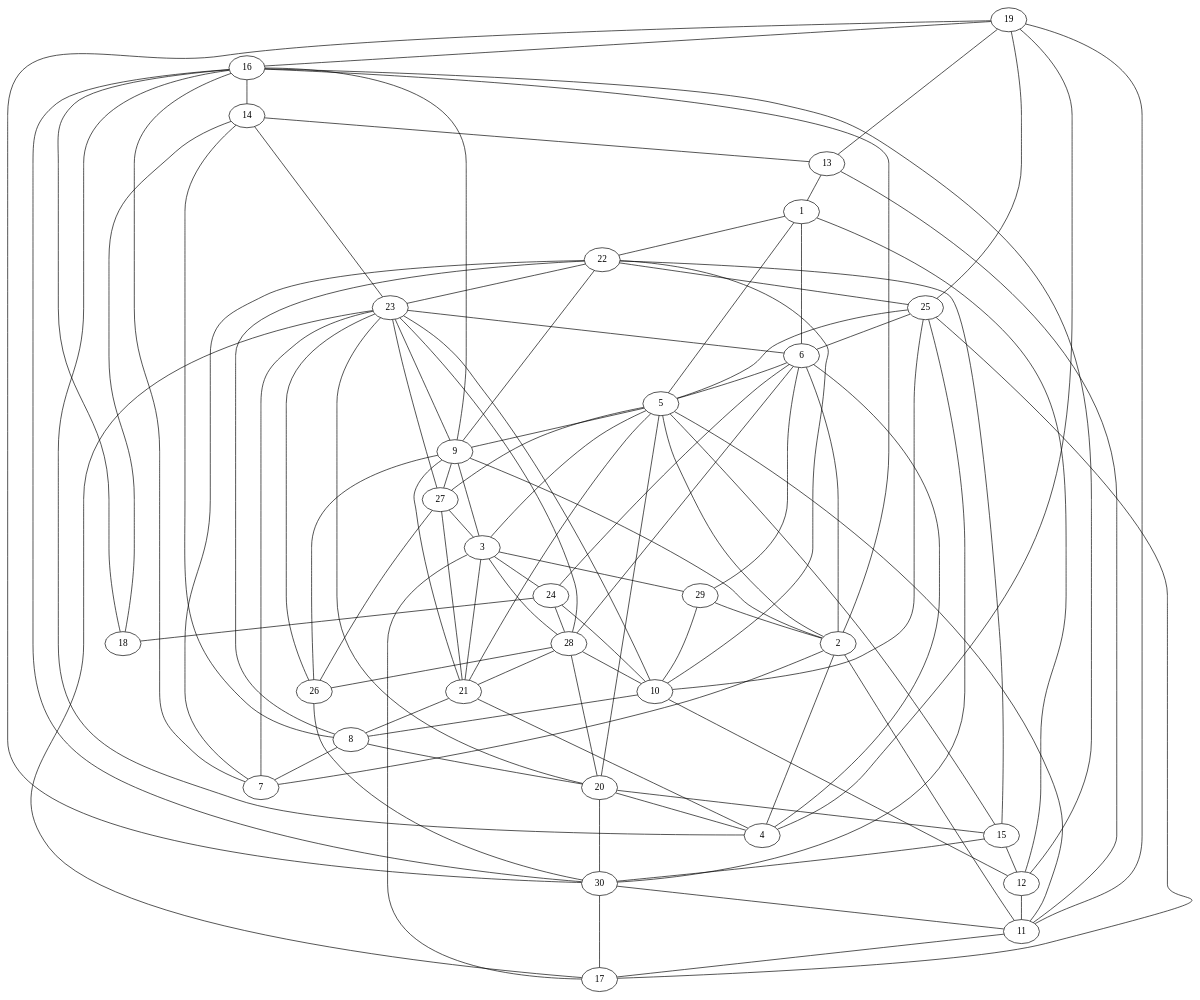
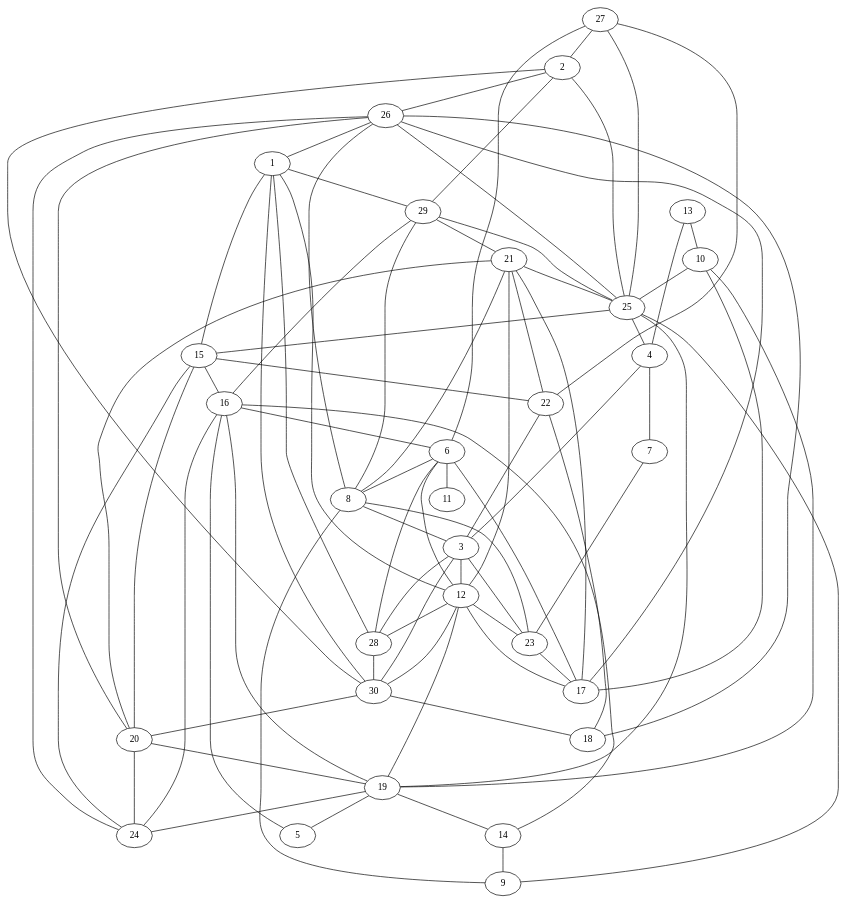
One commit to JulRivera0/AyD-Algoritmos changed the diagram in P1 Biblioteca Grafos/Archivos Viz/Grafo30Erdos.gv. Above: the diagram before and after it, drawn with Graphviz. The commit also changed 47 other files, not shown here.

```diff
--- a/P1 Biblioteca Grafos/Archivos Viz/Grafo30Erdos.gv
+++ b/P1 Biblioteca Grafos/Archivos Viz/Grafo30Erdos.gv
@@ -1,102 +1,82 @@
 graph {
+27--2
+15--1
+2--26
+8--29
+29--21
+20--24
+25--2
+23--8
+26--8
+1--12
+25--4
+19--24
+26--24
+4--3
+12--28
+21--25
+7--23
+19--12
+22--3
+12--21
+6--12
+4--7
+8--21
+3--23
+30--1
+16--5
+21--17
+28--6
+15--22
+22--21
+23--17
+27--22
+10--25
+20--21
+29--25
+1--29
+29--16
+28--1
+26--1
+3--30
+20--15
+19--5
+28--3
+16--24
+25--19
+6--17
+13--10
+20--19
+25--9
+30--18
+8--9
+13--4
+2--30
+10--19
 19--16
-23--14
-4--6
-19--30
-12--11
-15--12
-21--8
-15--5
-9--26
-26--30
-21--5
-23--20
-8--7
-19--25
-3--24
+26--20
+6--8
+30--20
+6--11
+12--17
+15--16
+27--25
+24--15
 16--14
-3--28
-2--16
-25--10
-25--30
-14--13
-16--30
-2--11
-9--2
-3--17
-27--3
-9--23
-27--21
-3--29
-4--16
-21--3
-9--27
-26--27
-6--2
-23--6
-22--25
-5--3
-22--9
-5--9
-22--23
-30--11
-6--5
-5--1
-4--19
-9--3
-28--6
-10--23
-13--1
-10--8
-20--28
-29--2
-22--15
-9--21
-29--10
-1--12
-18--14
-7--23
-29--6
-28--10
-5--11
-22--7
-24--6
-8--20
-30--17
-28--21
-22--10
-23--17
-10--24
-25--5
-28--23
-25--17
-20--30
-28--26
-15--30
-6--1
-23--26
-16--7
-2--5
-8--14
-9--16
-13--11
-11--17
-20--15
-2--7
-2--4
-20--5
-21--4
-20--4
-12--16
-24--28
-27--23
-10--12
-25--6
-1--22
-24--18
-11--19
-27--5
-18--16
-13--19
-8--22
+3--12
+8--3
+2--29
+12--23
+26--17
+18--26
+28--30
+27--6
+16--6
+25--15
+25--26
+22--18
+14--9
+19--14
+12--30
+10--17
 }
```
